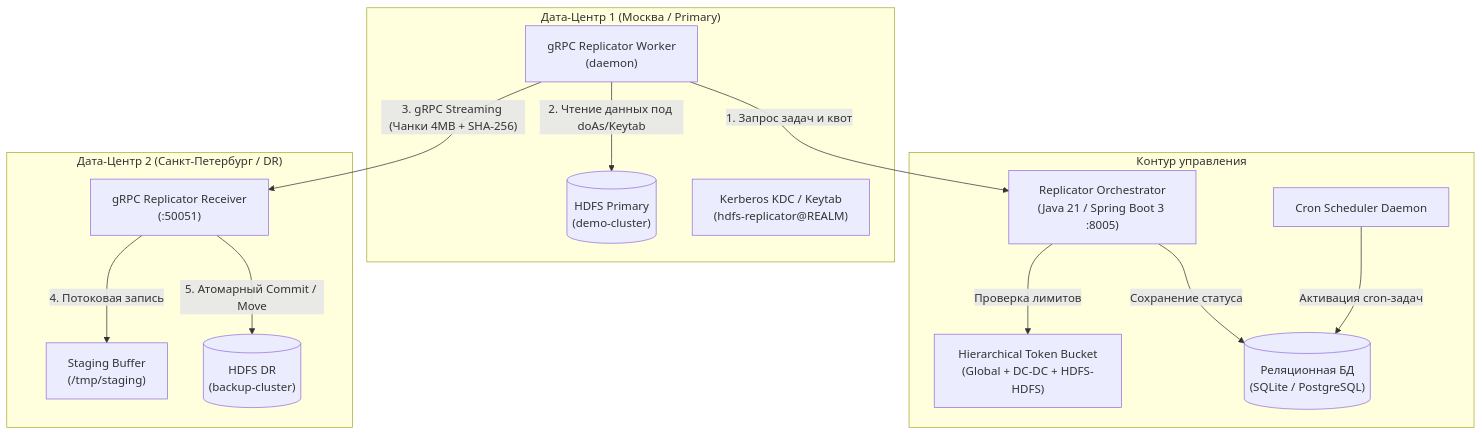
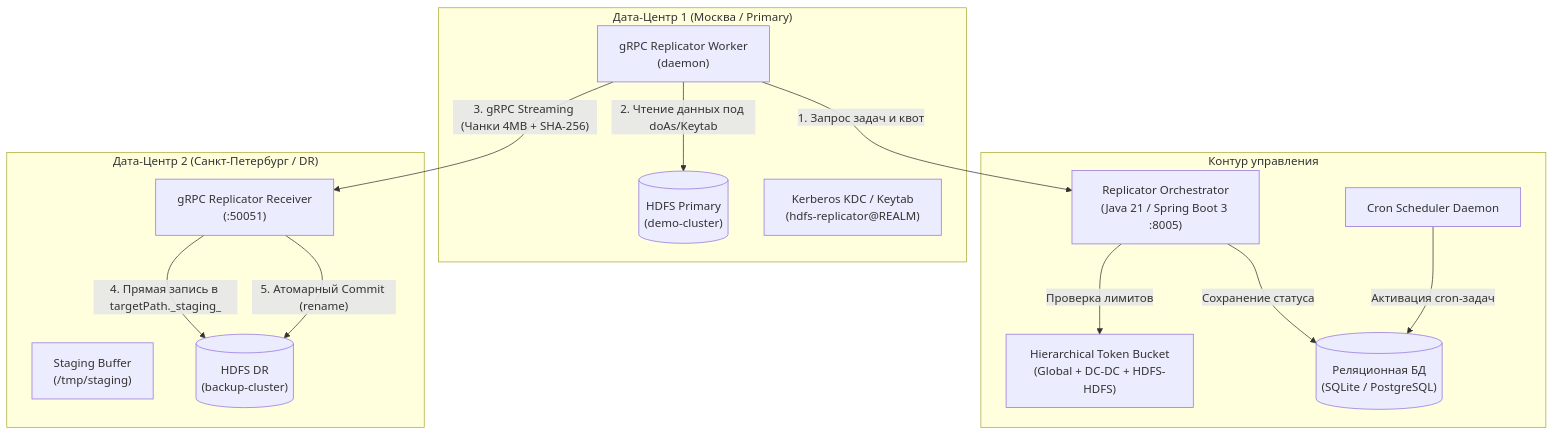
The diagram in docs/replicator-user-guide.md (balookrd/hadoop-explorer), drawn with Mermaid before and after one commit. The commit also changed other lines of this file and 1 other file, not shown here.

Commit message:
docs(replicator): уточнить Zero-Staging и прямой коммит в целевой каталог HDFS

````diff
--- a/docs/replicator-user-guide.md
+++ b/docs/replicator-user-guide.md
@@ -58,31 +58,31 @@
 ```mermaid
 flowchart TD
     subgraph DC1["Дата-Центр 1 (Москва / Primary)"]
         HDFS1[("HDFS Primary\n(demo-cluster)")]
         Worker["gRPC Replicator Worker\n(daemon)"]
         Krb1["Kerberos KDC / Keytab\n(hdfs-replicator@REALM)"]
     end
 
     subgraph DC_MGMT["Контур управления"]
         Orchestrator["Replicator Orchestrator\n(Java 21 / Spring Boot 3 :8005)"]
         TB["Hierarchical Token Bucket\n(Global + DC-DC + HDFS-HDFS)"]
         DB[("Реляционная БД\n(SQLite / PostgreSQL)")]
         Sched["Cron Scheduler Daemon"]
     end
 
     subgraph DC2["Дата-Центр 2 (Санкт-Петербург / DR)"]
         Receiver["gRPC Replicator Receiver\n(:50051)"]
         Staging["Staging Buffer\n(/tmp/staging)"]
         HDFS2[("HDFS DR\n(backup-cluster)")]
     end
 
     Worker -->|"1. Запрос задач и квот"| Orchestrator
     Orchestrator -->|"Проверка лимитов"| TB
     Orchestrator -->|"Сохранение статуса"| DB
     Sched -->|"Активация cron-задач"| DB
 
     Worker -->|"2. Чтение данных под doAs/Keytab"| HDFS1
     Worker -->|"3. gRPC Streaming (Чанки 4MB + SHA-256)"| Receiver
-    Receiver -->|"4. Потоковая запись"| Staging
-    Receiver -->|"5. Атомарный Commit / Move"| HDFS2
+    Receiver -->|"4. Прямая запись в targetPath._staging_<jobId>"| HDFS2
+    Receiver -->|"5. Атомарный Commit (rename)"| HDFS2
 ```
````
